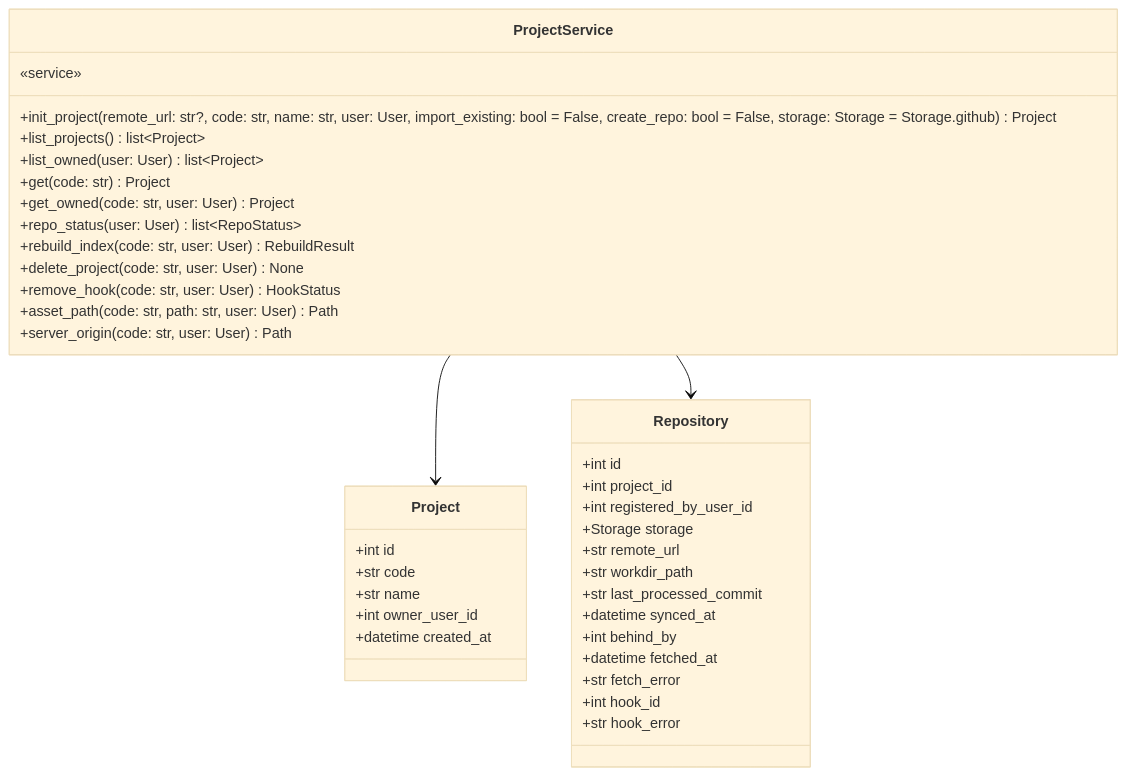
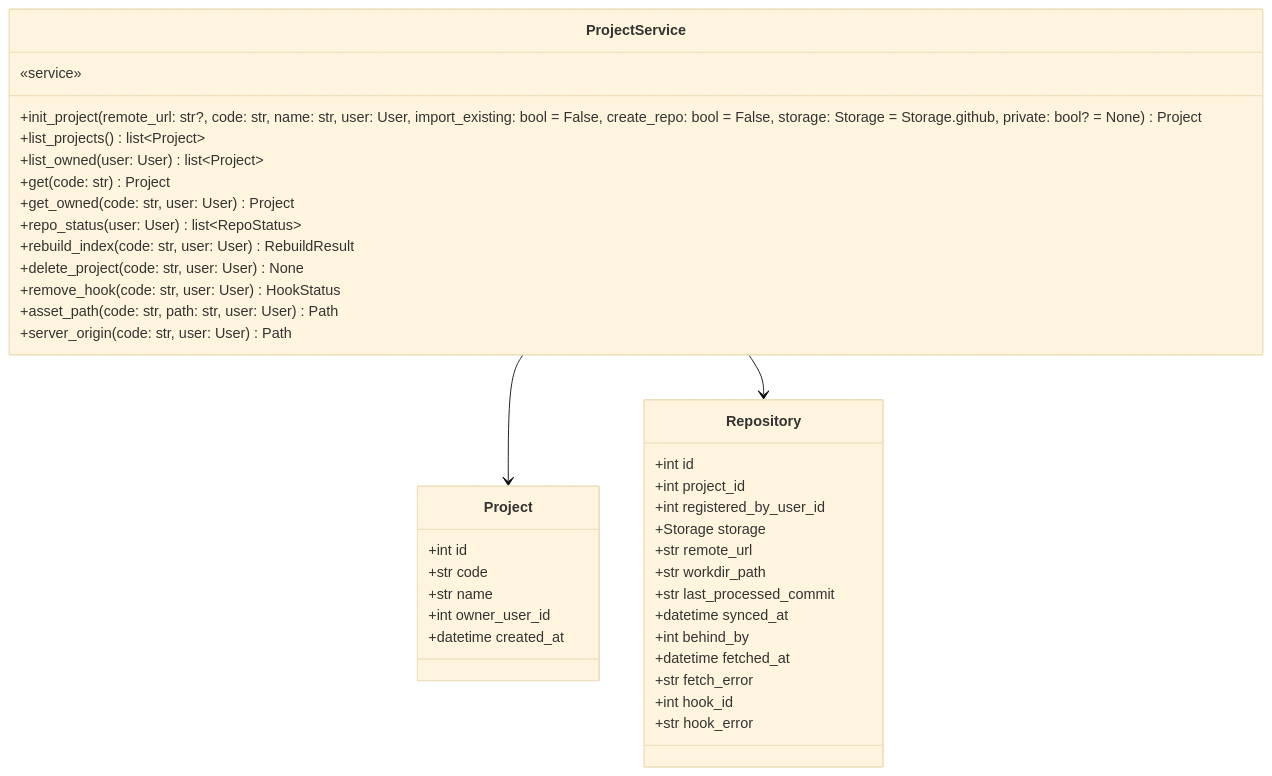
Diagram 17 of 22 in docs/specs/06-DOM/SYNC-DOM-002.md (HoyoungParkme/syncdoc), drawn with Mermaid (base theme) before and after one commit. The commit also changed other lines of this file and 19 other files, not shown here.

````diff
--- a/docs/specs/06-DOM/SYNC-DOM-002.md
+++ b/docs/specs/06-DOM/SYNC-DOM-002.md
@@ -717,41 +717,41 @@
 ```mermaid
 classDiagram
     class ProjectService {
         «service»
-        +init_project(remote_url: str?, code: str, name: str, user: User, import_existing: bool = False, create_repo: bool = False, storage: Storage = Storage.github) Project
+        +init_project(remote_url: str?, code: str, name: str, user: User, import_existing: bool = False, create_repo: bool = False, storage: Storage = Storage.github, private: bool? = None) Project
         +list_projects() list~Project~
         +list_owned(user: User) list~Project~
         +get(code: str) Project
         +get_owned(code: str, user: User) Project
         +repo_status(user: User) list~RepoStatus~
         +rebuild_index(code: str, user: User) RebuildResult
         +delete_project(code: str, user: User) None
         +remove_hook(code: str, user: User) HookStatus
         +asset_path(code: str, path: str, user: User) Path
         +server_origin(code: str, user: User) Path
     }
     class Project {
         +int id
         +str code
         +str name
         +int owner_user_id
         +datetime created_at
     }
     class Repository {
         +int id
         +int project_id
         +int registered_by_user_id
         +Storage storage
         +str remote_url
         +str workdir_path
         +str last_processed_commit
         +datetime synced_at
         +int behind_by
         +datetime fetched_at
         +str fetch_error
         +int hook_id
         +str hook_error
     }
     ProjectService --> Project
     ProjectService --> Repository
 ```
````
